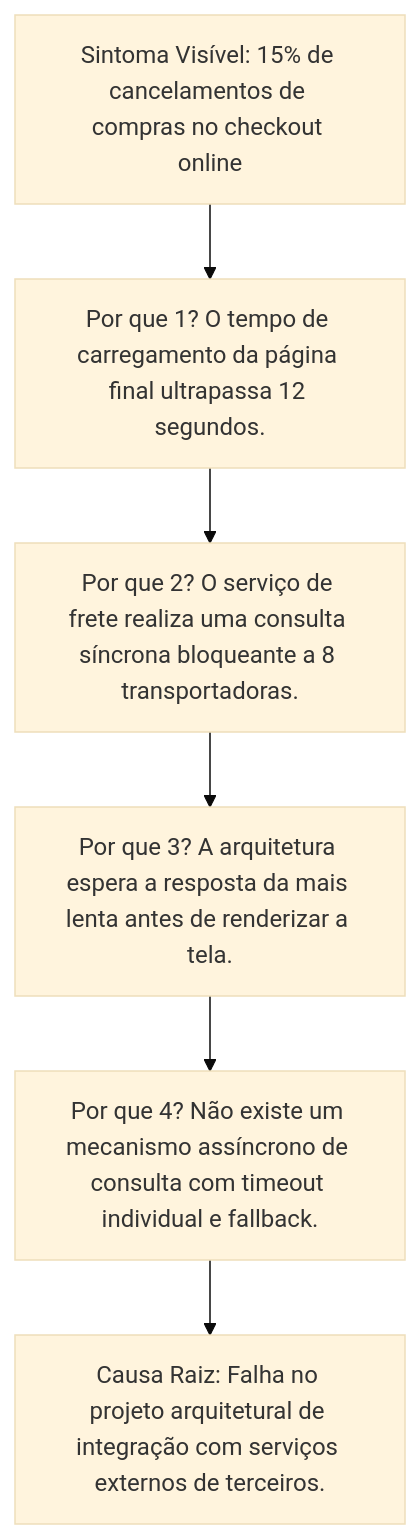
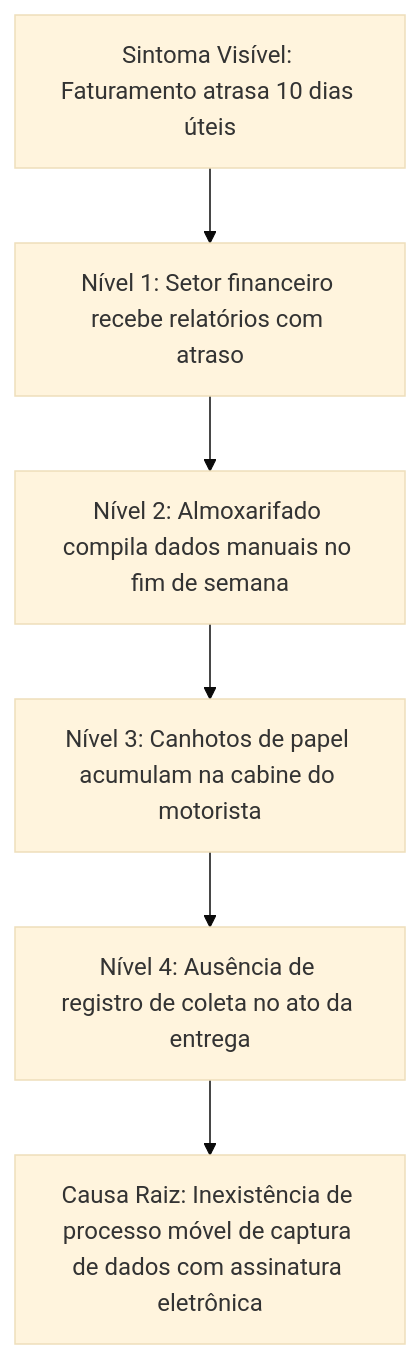
One commit to murilolol/unifef changed the seventh of 29 diagrams in 4º Semestre/[Prof. Wesley Soares] Engenharia de Software II/Resumos-IA/Simulados-Comentados.md. Above: the diagram before and after it, drawn with Mermaid (base theme). The commit also changed other lines of this file and 40 other files, not shown here.

````diff
--- a/4º Semestre/[Prof. Wesley Soares] Engenharia de Software II/Resumos-IA/Simulados-Comentados.md
+++ b/4º Semestre/[Prof. Wesley Soares] Engenharia de Software II/Resumos-IA/Simulados-Comentados.md
@@ -496,15 +272,15 @@
 ```mermaid
 flowchart TD
- S["Sintoma Visível: 15% de cancelamentos de compras no checkout online"]
- P1["Por que 1? O tempo de carregamento da página final ultrapassa 12 segundos."]
- P2["Por que 2? O serviço de frete realiza uma consulta síncrona bloqueante a 8 transportadoras."]
- P3["Por que 3? A arquitetura espera a resposta da mais lenta antes de renderizar a tela."]
- P4["Por que 4? Não existe um mecanismo assíncrono de consulta com timeout individual e fallback."]
- CR["Causa Raiz: Falha no projeto arquitetural de integração com serviços externos de terceiros."]
+ S["Sintoma Visível: Faturamento atrasa 10 dias úteis"]
+ P1["Nível 1: Setor financeiro recebe relatórios com atraso"]
+ P2["Nível 2: Almoxarifado compila dados manuais no fim de semana"]
+ P3["Nível 3: Canhotos de papel acumulam na cabine do motorista"]
+ P4["Nível 4: Ausência de registro de coleta no ato da entrega"]
+ CR["Causa Raiz: Inexistência de processo móvel de captura de dados com assinatura eletrônica"]
 
  S --> P1
  P1 --> P2
  P2 --> P3
  P3 --> P4
  P4 --> CR
 ```
````
